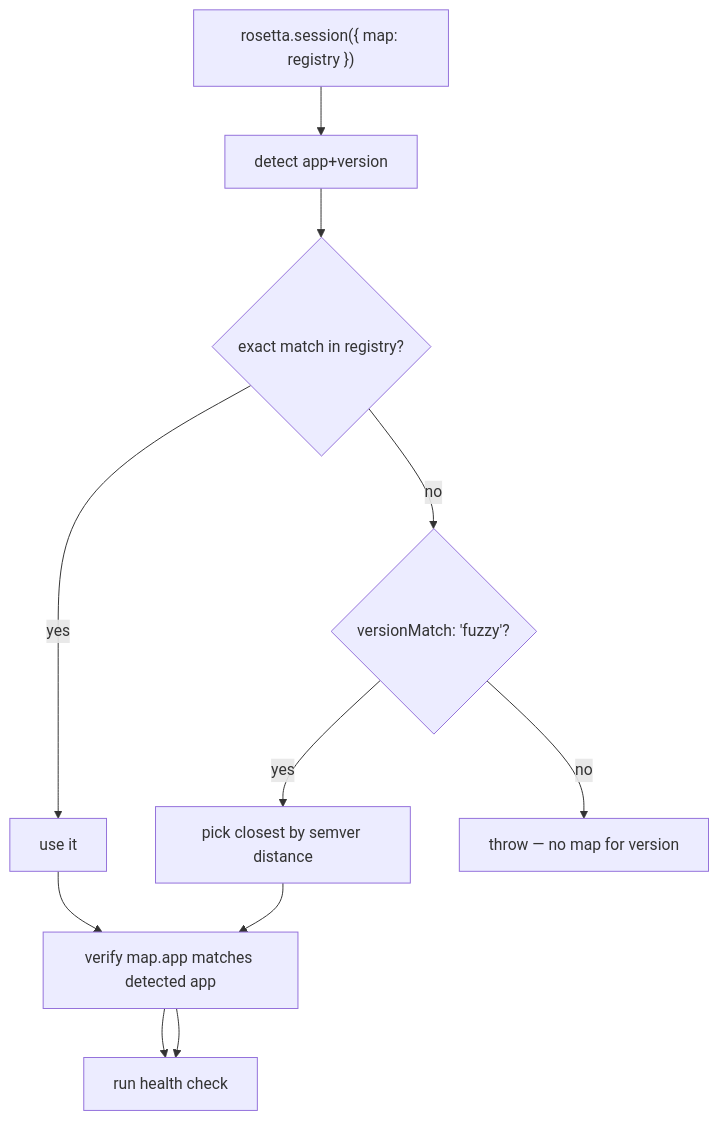
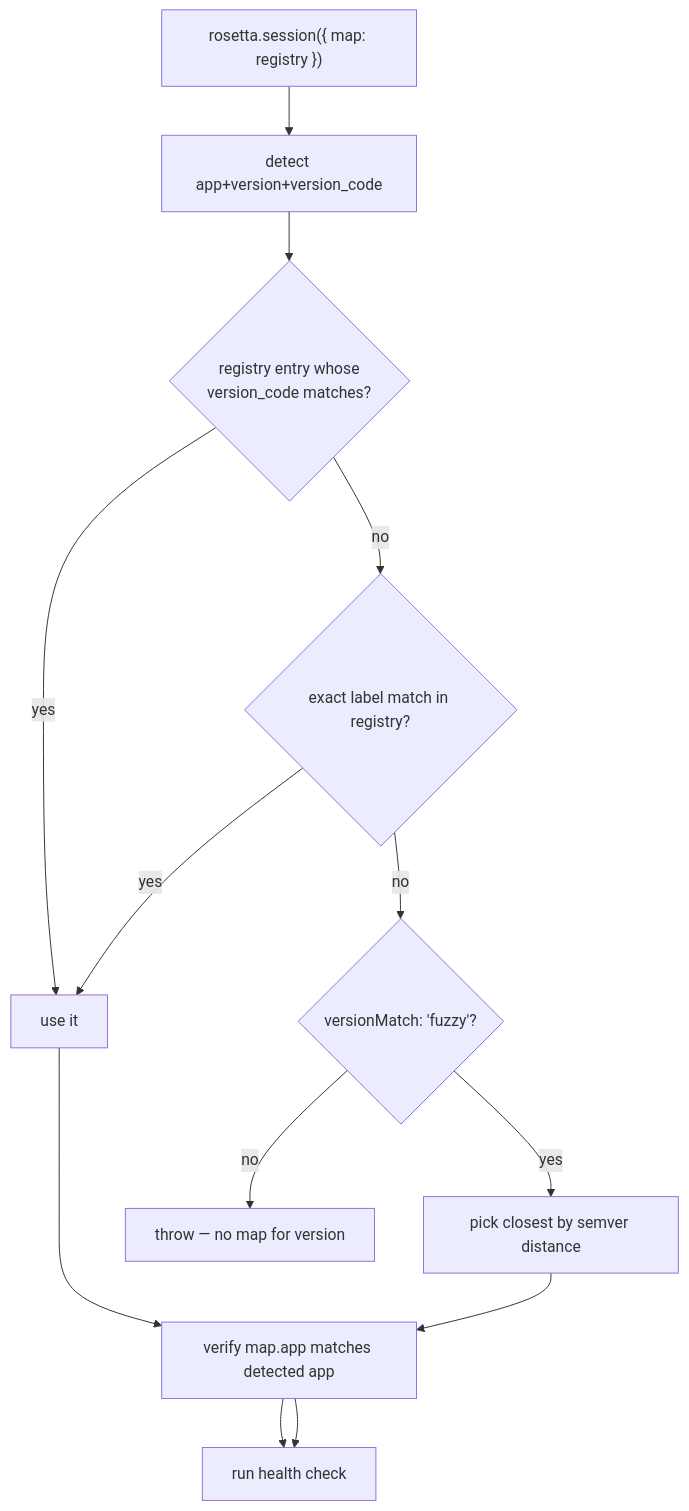
Before and after one commit to Xiddoc/rosetta-frida: the diagram in docs/recipes/multi-version-bundle.md, drawn with Mermaid. The commit also changed other lines of this file and 25 other files, not shown here.

````diff
--- a/docs/recipes/multi-version-bundle.md
+++ b/docs/recipes/multi-version-bundle.md
@@ -29,18 +29,21 @@
 ```mermaid
 flowchart TB
     A["rosetta.session({ map: registry })"]
-    B[detect app+version]
-    C{exact match in registry?}
+    B["detect app+version+version_code"]
+    VC{"registry entry whose<br/>version_code matches?"}
+    C{exact label match in registry?}
     D[use it]
     E{versionMatch: 'fuzzy'?}
     F[pick closest by semver distance]
     G[throw — no map for version]
     H[verify map.app matches detected app]
     I[run health check]
 
-    A --> B --> C
-    C -- yes --> D --> H --> I
+    A --> B --> VC
+    VC -- yes --> D --> H --> I
+    VC -- no --> C
+    C -- yes --> D
     C -- no --> E
     E -- yes --> F --> H --> I
     E -- no --> G
 ```
````
